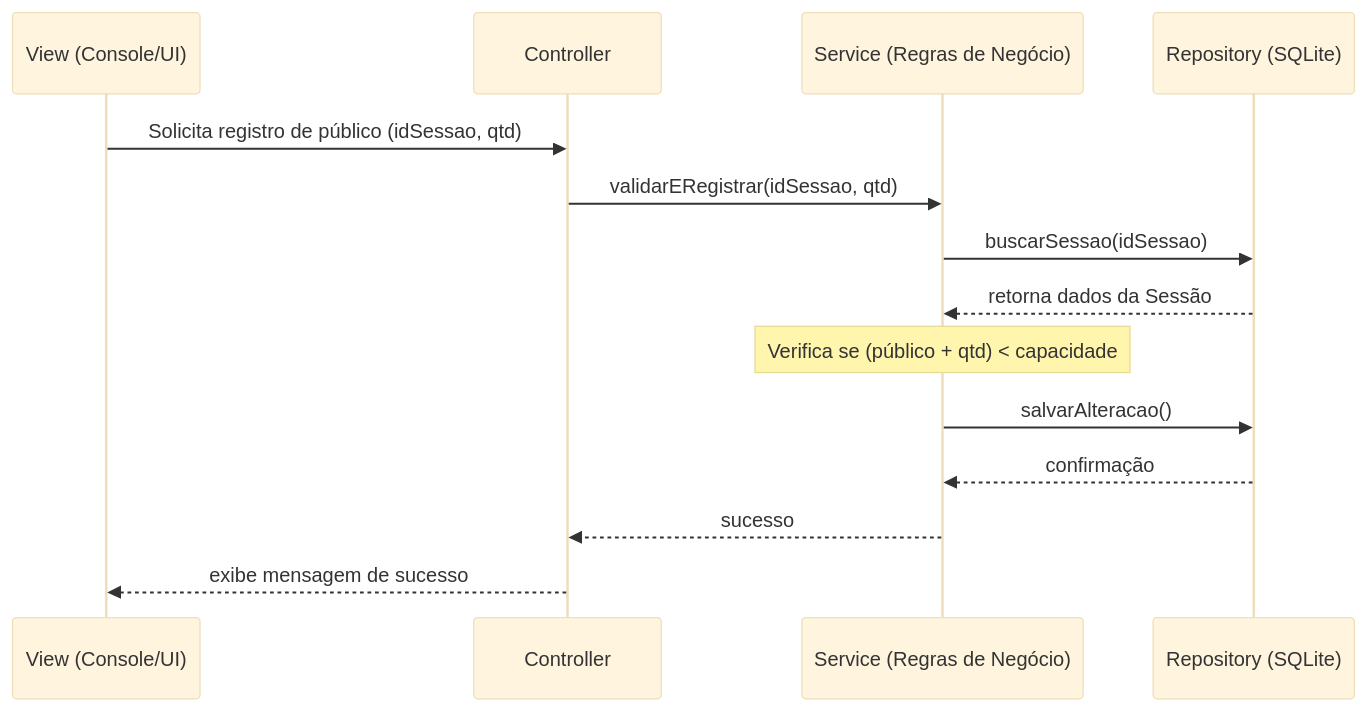
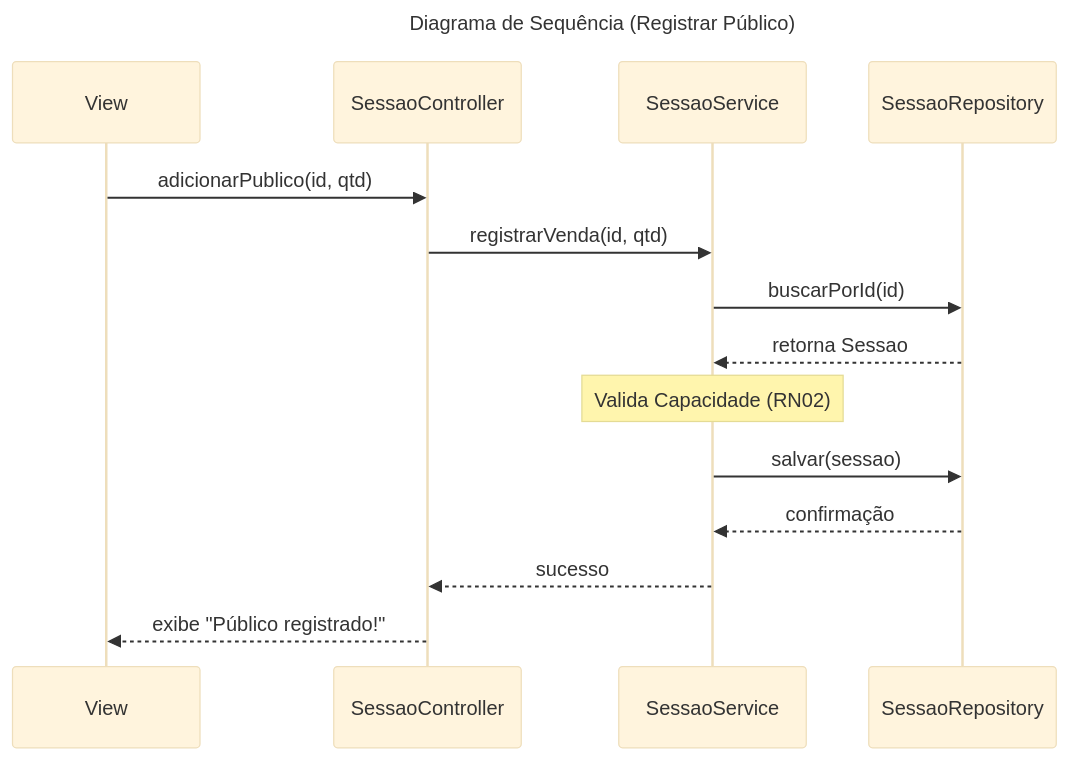
Before and after one commit to miguelturatti03/sistema-gestao-cinema.: the second of 2 diagrams in README.md, drawn with Mermaid (base theme). The commit also changed other lines of this file, not shown here.

````diff
--- a/README.md
+++ b/README.md
@@ -48,17 +29,20 @@
-```mermaid 
+```mermaid
+---
+title: Diagrama de Sequência (Registrar Público)
+---
 sequenceDiagram
-    participant V as View (Console/UI)
-    participant C as Controller
-    participant S as Service (Regras de Negócio)
-    participant R as Repository (SQLite)
-
-    V->>C: Solicita registro de público (idSessao, qtd)
-    C->>S: validarERegistrar(idSessao, qtd)
-    S->>R: buscarSessao(idSessao)
-    R-->>S: retorna dados da Sessão
-    Note over S: Verifica se (público + qtd) < capacidade
-    S->>R: salvarAlteracao()
+    participant V as View
+    participant C as SessaoController
+    participant S as SessaoService
+    participant R as SessaoRepository
+    
+    V->>C: adicionarPublico(id, qtd)
+    C->>S: registrarVenda(id, qtd)
+    S->>R: buscarPorId(id)
+    R-->>S: retorna Sessao
+    Note over S: Valida Capacidade (RN02)
+    S->>R: salvar(sessao)
     R-->>S: confirmação
     S-->>C: sucesso
-    C-->>V: exibe mensagem de sucesso
+    C-->>V: exibe "Público registrado!"
 ```
````
